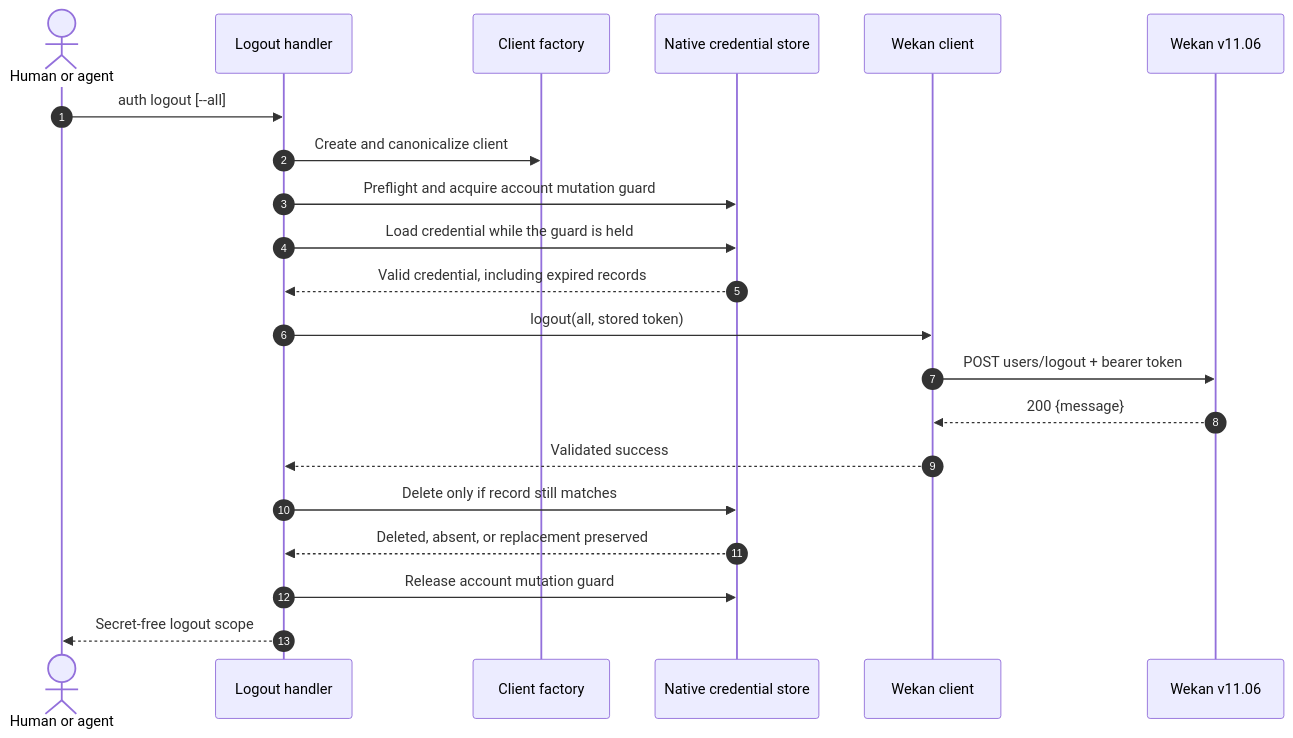
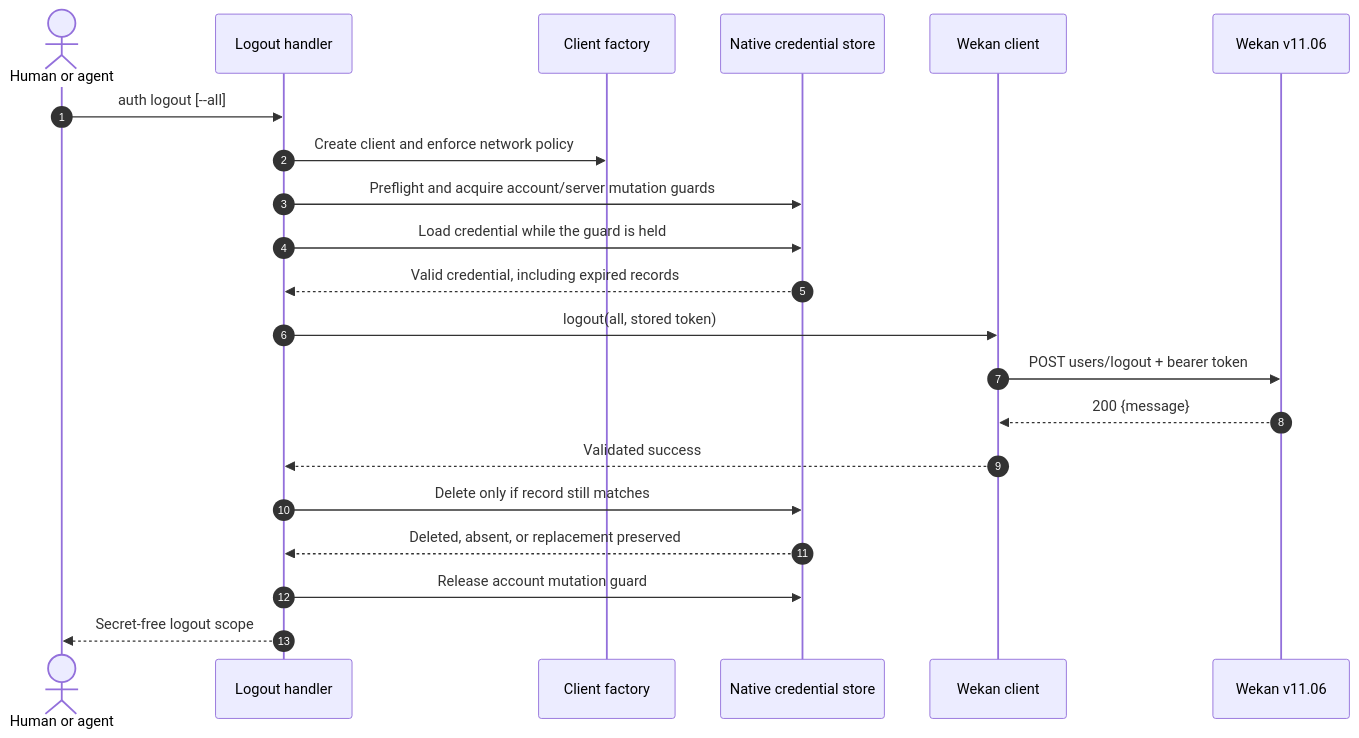
One commit to AhmedLukman/wekan-cli changed the fifth of 11 diagrams in docs/auth-architecture.md. Above: the diagram before and after it, drawn with Mermaid. The commit also changed other lines of this file and 35 other files, not shown here.

````diff
--- a/docs/auth-architecture.md
+++ b/docs/auth-architecture.md
@@ -192,24 +239,24 @@
 ```mermaid
 sequenceDiagram
     autonumber
     actor Caller as Human or agent
     participant Handler as Logout handler
     participant Factory as Client factory
     participant Vault as Native credential store
     participant Client as Wekan client
     participant Wekan as Wekan v11.06
 
     Caller->>Handler: auth logout [--all]
-    Handler->>Factory: Create and canonicalize client
-    Handler->>Vault: Preflight and acquire account mutation guard
+    Handler->>Factory: Create client and enforce network policy
+    Handler->>Vault: Preflight and acquire account/server mutation guards
     Handler->>Vault: Load credential while the guard is held
     Vault-->>Handler: Valid credential, including expired records
     Handler->>Client: logout(all, stored token)
     Client->>Wekan: POST users/logout + bearer token
     Wekan-->>Client: 200 {message}
     Client-->>Handler: Validated success
     Handler->>Vault: Delete only if record still matches
     Vault-->>Handler: Deleted, absent, or replacement preserved
     Handler->>Vault: Release account mutation guard
     Handler-->>Caller: Secret-free logout scope
 ```
````
